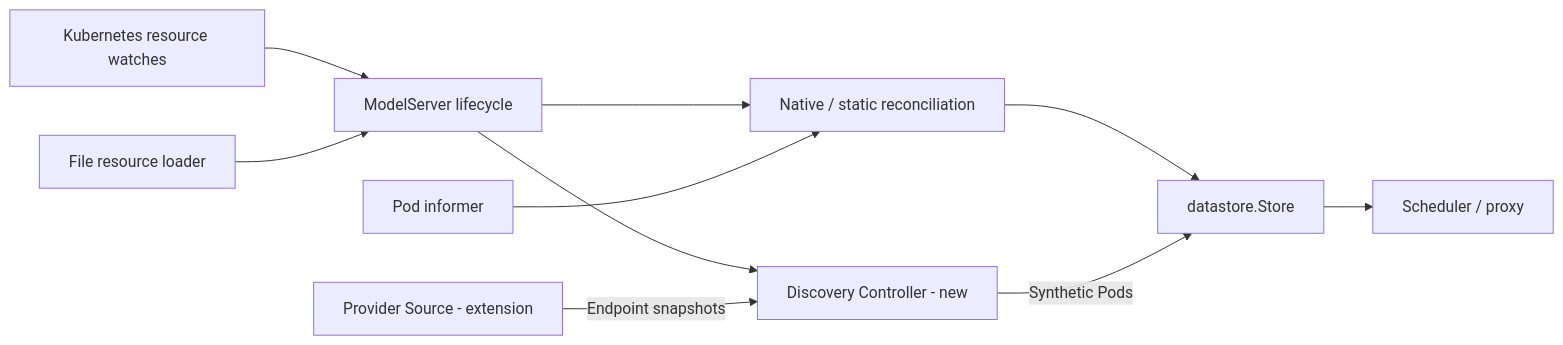
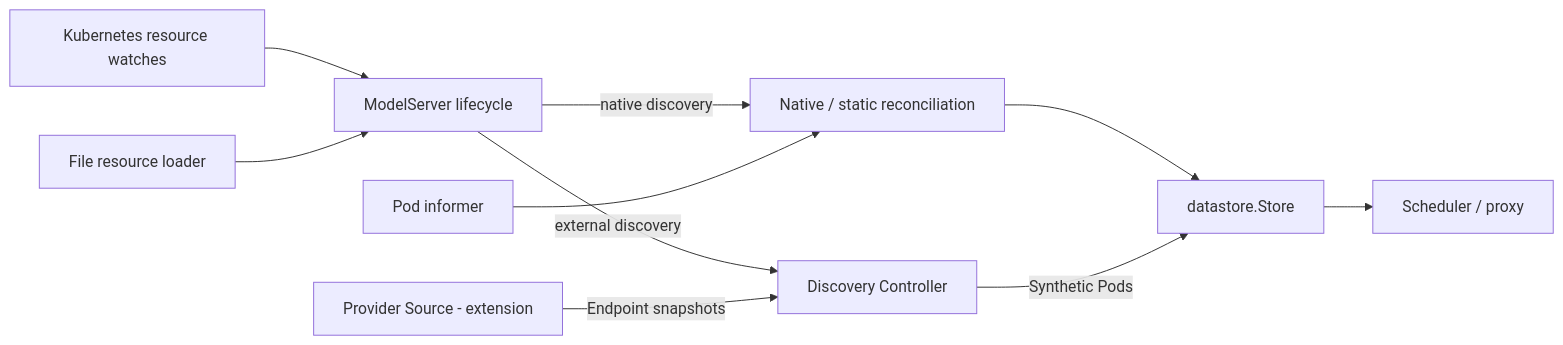
Before and after one commit to volcano-sh/kthena: the diagram in docs/proposal/router-endpoint-discovery.md, drawn with Mermaid. The commit also changed other lines of this file and 4 other files, not shown here.

Commit message:
feat(router): modify discovery controller

````diff
--- a/docs/proposal/router-endpoint-discovery.md
+++ b/docs/proposal/router-endpoint-discovery.md
@@ -56,12 +61,12 @@
 ```mermaid
 flowchart LR
     K[Kubernetes resource watches] --> M[ModelServer lifecycle]
     F[File resource loader] --> M
-    M --> N[Native / static reconciliation]
+    M -->|native discovery| N[Native / static reconciliation]
     P[Pod informer] --> N
-    M --> D[Discovery Controller - new]
+    M -->|external discovery| D[Discovery Controller]
     E[Provider Source - extension] -->|Endpoint snapshots| D
     N --> S[datastore.Store]
     D -->|Synthetic Pods| S
     S --> R[Scheduler / proxy]
 ```
````
